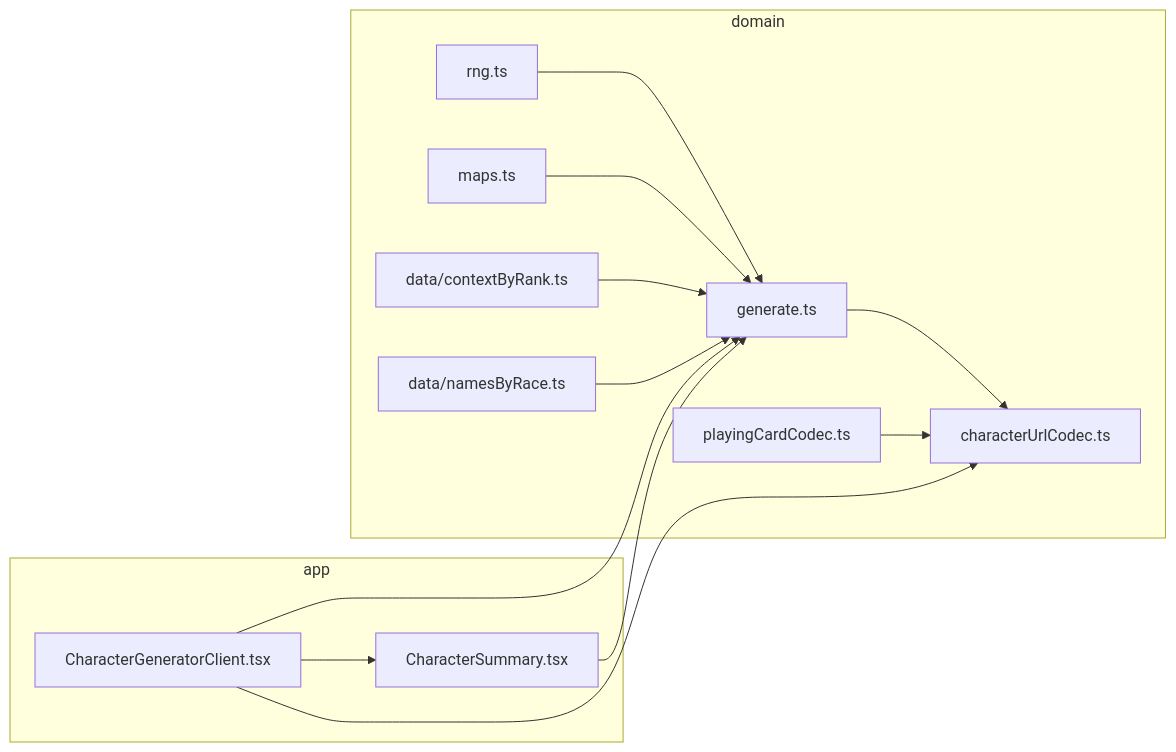
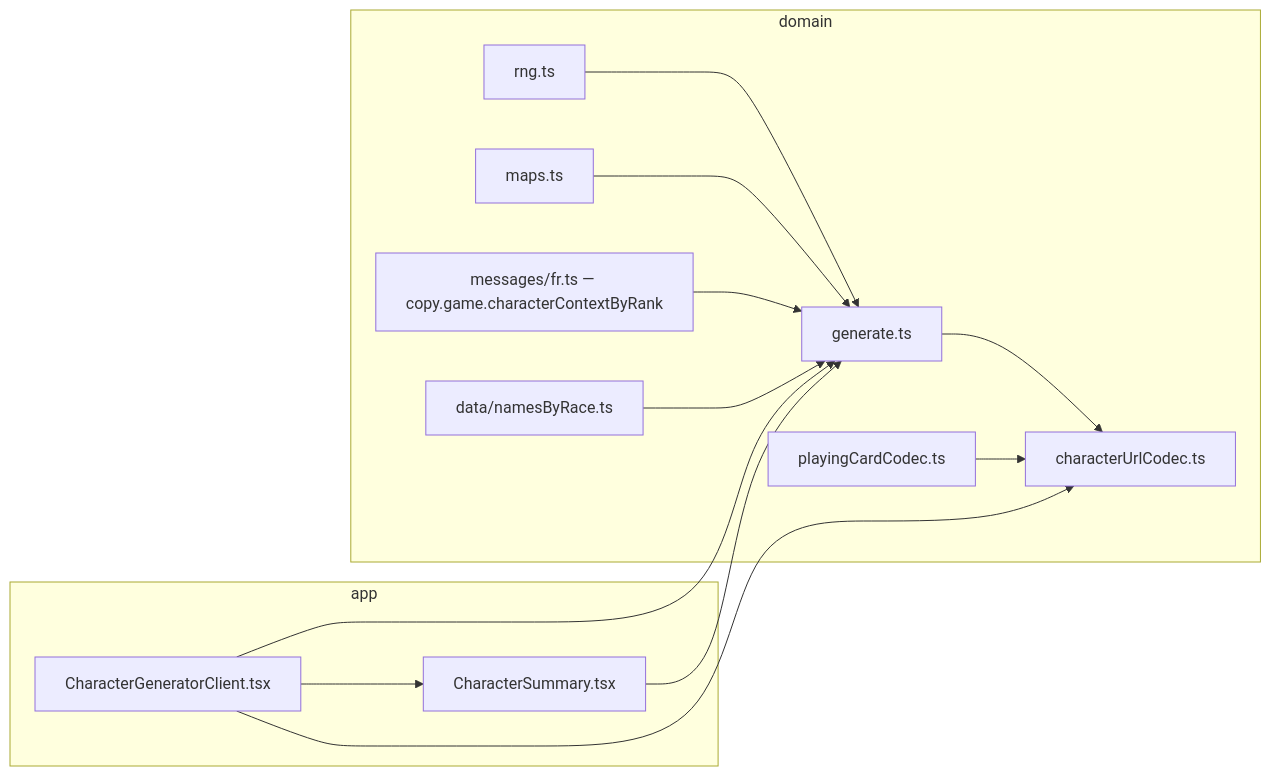
One commit to KittyGiraudel/ProMe changed the diagram in docs/character-builder.md. Above: the diagram before and after it, drawn with Mermaid. The commit also changed other lines of this file and 41 other files, not shown here.

````diff
--- a/docs/character-builder.md
+++ b/docs/character-builder.md
@@ -76,26 +76,26 @@
 ```mermaid
 flowchart LR
   subgraph domain
     gen["generate.ts"]
     maps["maps.ts"]
     codec["characterUrlCodec.ts"]
-    ctx["data/contextByRank.ts"]
+    ctx["messages/fr.ts — copy.game.characterContextByRank"]
     names["data/namesByRace.ts"]
     rng["rng.ts"]
     pc["playingCardCodec.ts"]
   end
   subgraph app
     client["CharacterGeneratorClient.tsx"]
     summary["CharacterSummary.tsx"]
   end
   rng --> gen
   maps --> gen
   ctx --> gen
   names --> gen
   gen --> codec
   pc --> codec
   client --> gen
   client --> codec
   client --> summary
   summary --> gen
 ```
````
